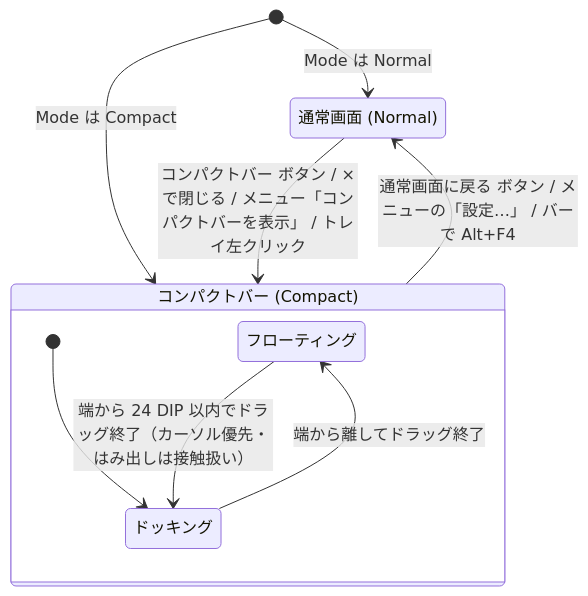
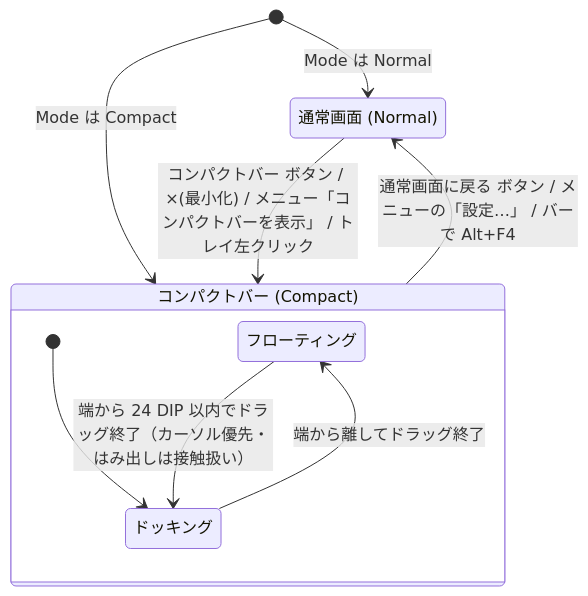
The second of 3 diagrams in docs/desktop-design.ja.md (tlzs-oss/browserflip), drawn with Mermaid before and after one commit. The commit also changed other lines of this file and 12 other files, not shown here.

````diff
--- a/docs/desktop-design.ja.md
+++ b/docs/desktop-design.ja.md
@@ -119,16 +119,16 @@
 ```mermaid
 stateDiagram-v2
     state "通常画面 (Normal)" as Normal
     state "コンパクトバー (Compact)" as Compact
     state Compact {
         state "フローティング" as Floating
         state "ドッキング" as Docked
         [*] --> Docked
         Floating --> Docked: 端から 24 DIP 以内でドラッグ終了（カーソル優先・はみ出しは接触扱い）
         Docked --> Floating: 端から離してドラッグ終了
     }
     [*] --> Normal: Mode は Normal
     [*] --> Compact: Mode は Compact
-    Normal --> Compact: コンパクトバー ボタン / ×で閉じる / メニュー「コンパクトバーを表示」 / トレイ左クリック
+    Normal --> Compact: コンパクトバー ボタン / ×(最小化) / メニュー「コンパクトバーを表示」 / トレイ左クリック
     Compact --> Normal: 通常画面に戻る ボタン / メニューの「設定…」 / バーで Alt+F4
 ```
````
